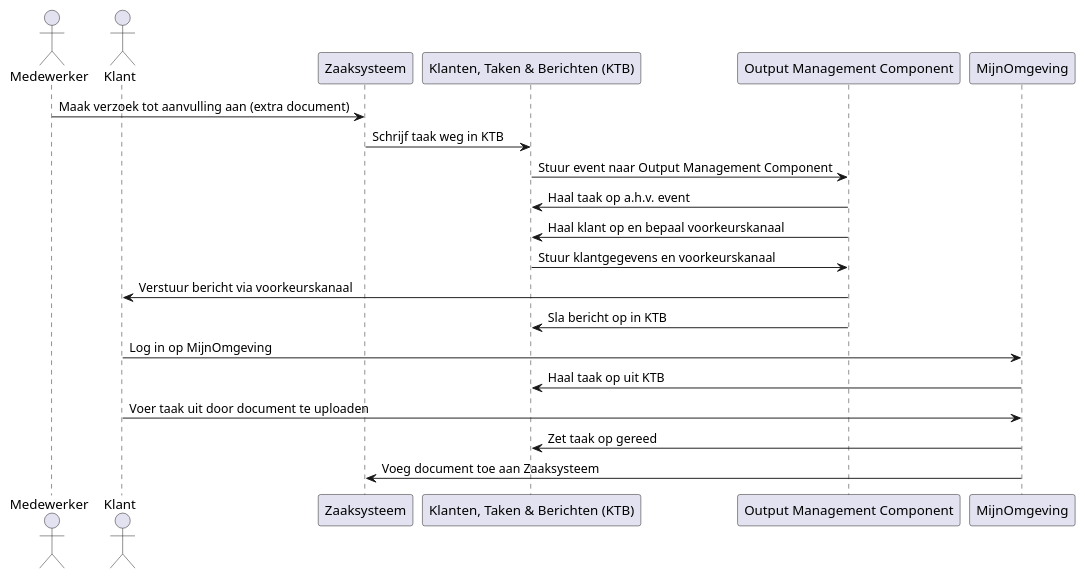
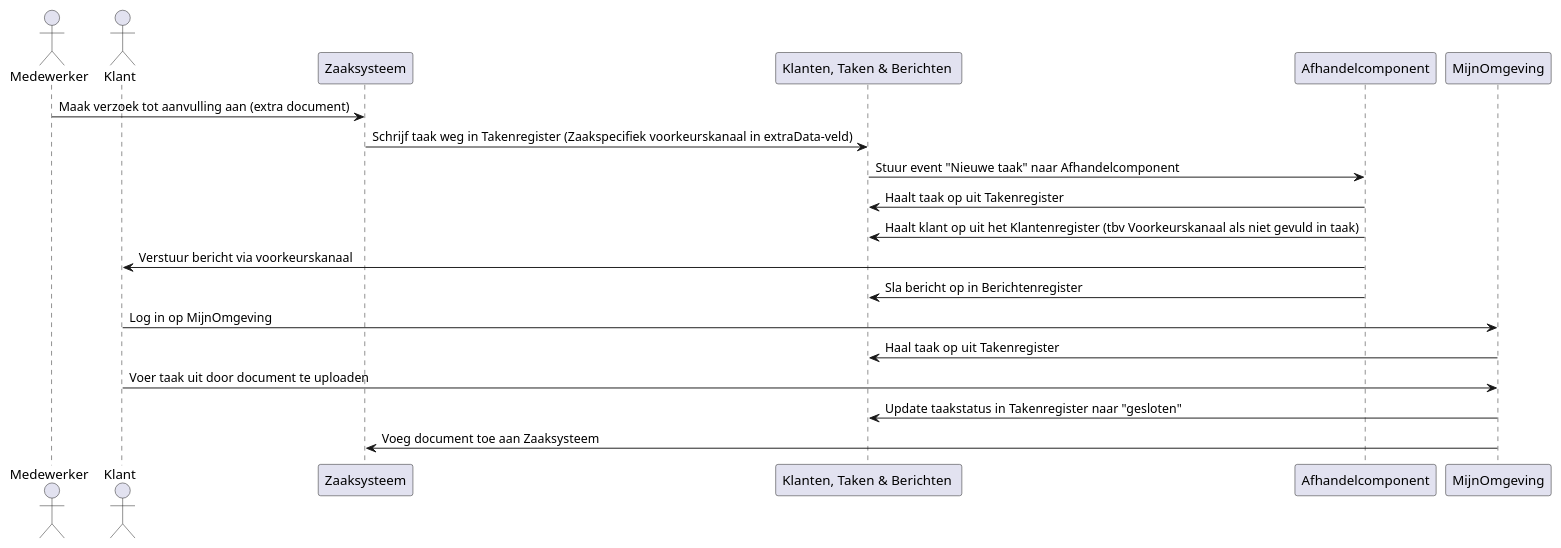
The diagram in docs/taak_simpel.puml (CommonGateway/CustomerInteractionBundle), drawn with PlantUML before and after one commit.

Commit message:
Update taak_simpel.puml
Changes in UML for feedback:
Changed KTB in the naming of the registers
Added specific case voorkeurskanaal

```diff
--- a/docs/taak_simpel.puml
+++ b/docs/taak_simpel.puml
@@ -1,23 +1,22 @@
 @startuml
 actor Medewerker
 actor Klant
 participant Zaaksysteem
-participant KTB as "Klanten, Taken & Berichten (KTB)"
-participant "Output Management Component"
+participant KTB as "Klanten, Taken & Berichten "
+participant "Afhandelcomponent"
 participant MijnOmgeving
 
 Medewerker -> Zaaksysteem: Maak verzoek tot aanvulling aan (extra document)
-Zaaksysteem -> KTB: Schrijf taak weg in KTB
-KTB -> "Output Management Component": Stuur event naar Output Management Component
-"Output Management Component" -> KTB: Haal taak op a.h.v. event
-"Output Management Component" -> KTB: Haal klant op en bepaal voorkeurskanaal
-KTB -> "Output Management Component": Stuur klantgegevens en voorkeurskanaal
-"Output Management Component" -> Klant: Verstuur bericht via voorkeurskanaal
-"Output Management Component" -> KTB: Sla bericht op in KTB
+Zaaksysteem -> KTB: Schrijf taak weg in Takenregister (Zaakspecifiek voorkeurskanaal in extraData-veld)
+KTB -> "Afhandelcomponent": Stuur event "Nieuwe taak" naar Afhandelcomponent
+"Afhandelcomponent" -> KTB: Haalt taak op uit Takenregister 
+"Afhandelcomponent" -> KTB: Haalt klant op uit het Klantenregister (tbv Voorkeurskanaal als niet gevuld in taak)
+"Afhandelcomponent" -> Klant: Verstuur bericht via voorkeurskanaal
+"Afhandelcomponent" -> KTB: Sla bericht op in Berichtenregister
 
 Klant -> MijnOmgeving: Log in op MijnOmgeving
-MijnOmgeving -> KTB: Haal taak op uit KTB
+MijnOmgeving -> KTB: Haal taak op uit Takenregister
 Klant -> MijnOmgeving: Voer taak uit door document te uploaden
-MijnOmgeving -> KTB: Zet taak op gereed
+MijnOmgeving -> KTB: Update taakstatus in Takenregister naar "gesloten"
 MijnOmgeving -> Zaaksysteem: Voeg document toe aan Zaaksysteem
 @enduml
```
